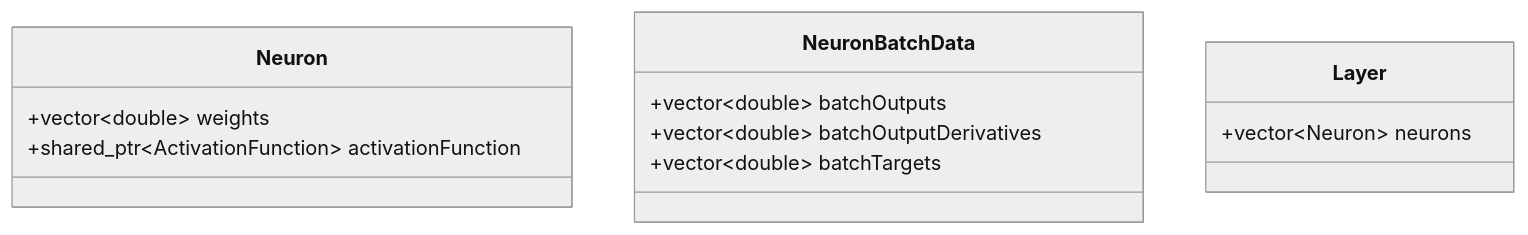
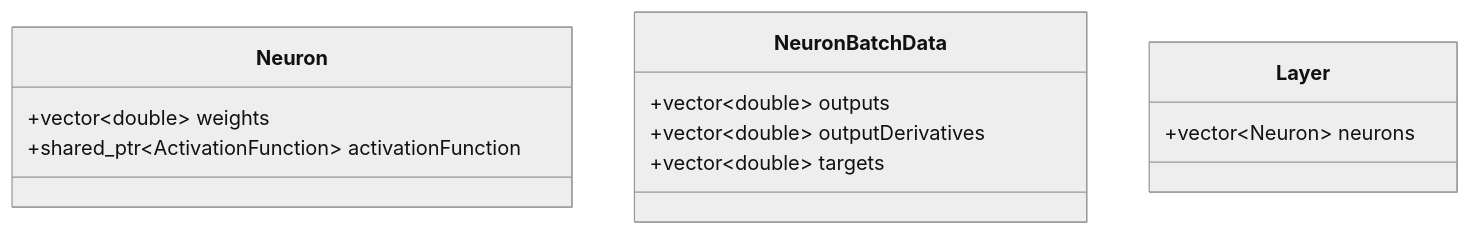
One commit to alejandrofsevilla/neural-network-notes changed the fourth of 5 diagrams in README.md. Above: the diagram before and after it, drawn with Mermaid (neutral theme).

````diff
--- a/README.md
+++ b/README.md
@@ -330,14 +330,14 @@
 ```mermaid
 classDiagram
 class Neuron
 Neuron: +vector~double~ weights
 Neuron: +shared_ptr~ActivationFunction~ activationFunction
 
 class NeuronBatchData
-NeuronBatchData: +vector~double~ batchOutputs
-NeuronBatchData: +vector~double~ batchOutputDerivatives
-NeuronBatchData: +vector~double~ batchTargets
+NeuronBatchData: +vector~double~ outputs
+NeuronBatchData: +vector~double~ outputDerivatives
+NeuronBatchData: +vector~double~ targets
 
 class Layer
 Layer: +vector~Neuron~ neurons
 ```
````
